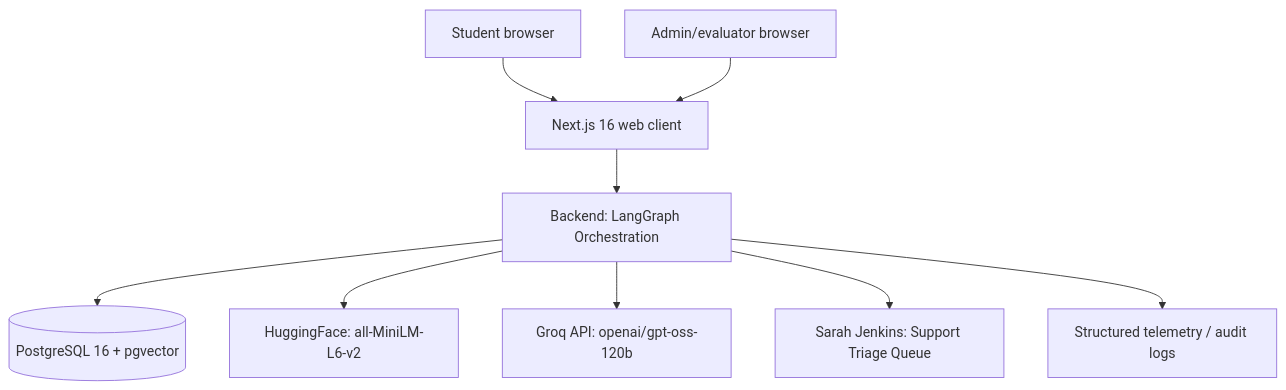
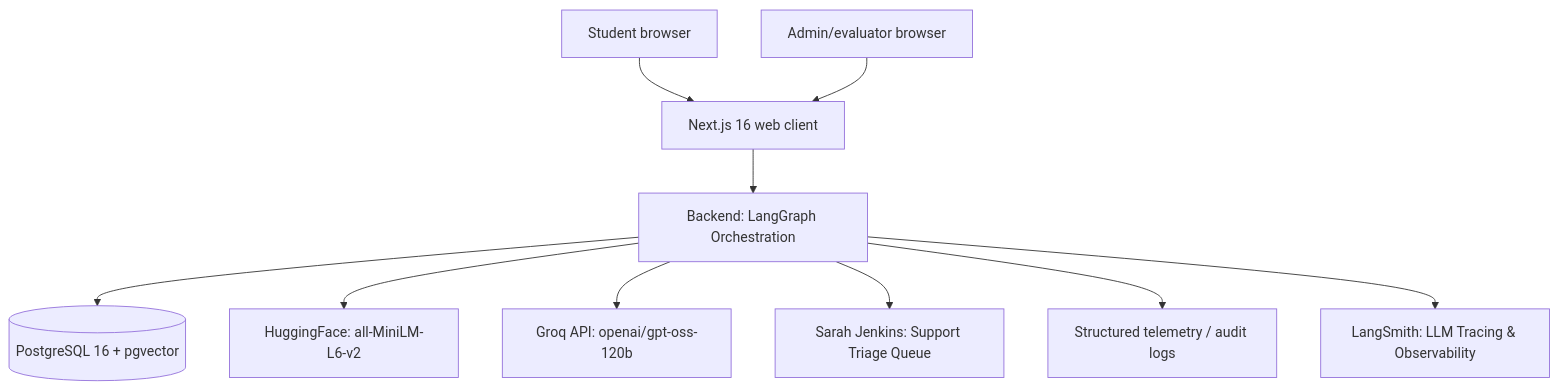
The first of 3 diagrams in docs/02_System_Architecture.md (armaan-choudhary/campus-one), drawn with Mermaid before and after one commit. The commit also changed other lines of this file and 12 other files, not shown here.

Commit message:
docs: update documentation for conversation persistence, student auth, and LangSmith observability

````diff
--- a/docs/02_System_Architecture.md
+++ b/docs/02_System_Architecture.md
@@ -11,21 +11,23 @@
 ```mermaid
 flowchart TB
     Student[Student browser]
     Admin[Admin/evaluator browser]
     Web[Next.js 16 web client]
     API[Backend: LangGraph Orchestration]
     LLM[Groq API: openai/gpt-oss-120b]
     DB[(PostgreSQL 16 + pgvector)]
     Embeddings[HuggingFace: all-MiniLM-L6-v2]
     Agent[Sarah Jenkins: Support Triage Queue]
     Logs[Structured telemetry / audit logs]
+    LangSmith[LangSmith: LLM Tracing & Observability]
 
     Student --> Web
     Admin --> Web
     Web --> API
     API --> DB
     API --> Embeddings
     API --> LLM
     API --> Agent
     API --> Logs
+    API --> LangSmith
 ```
````
